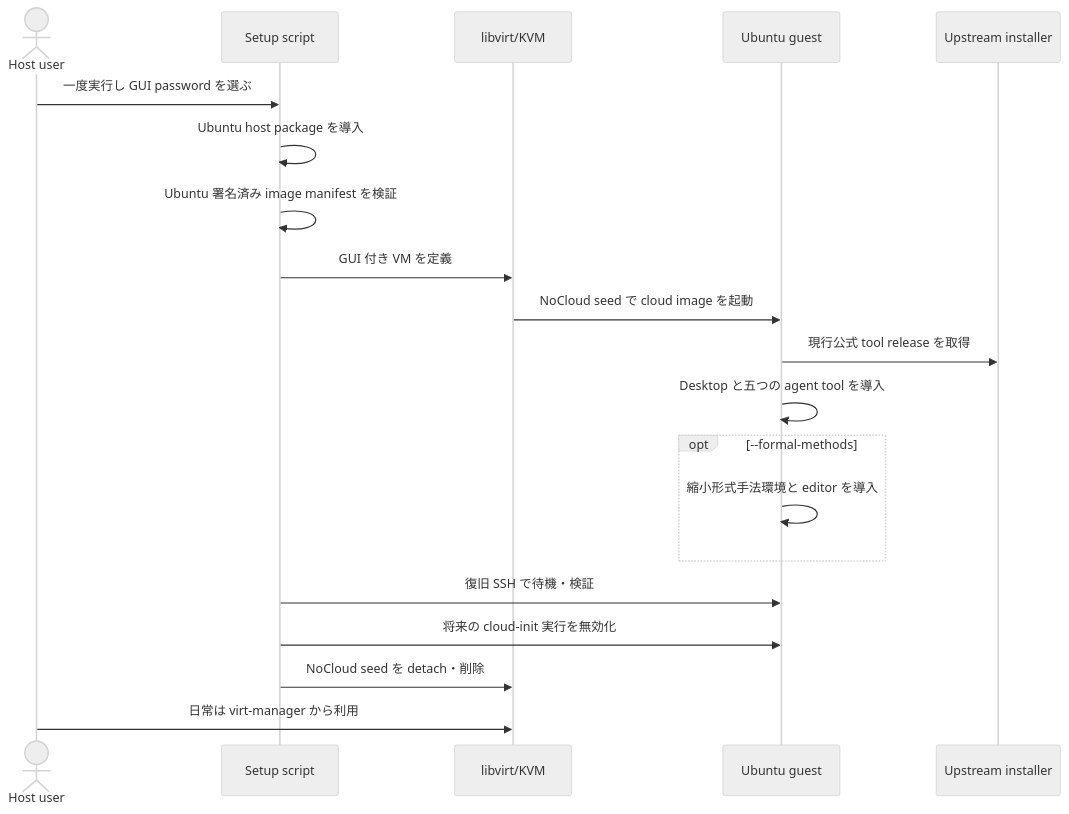
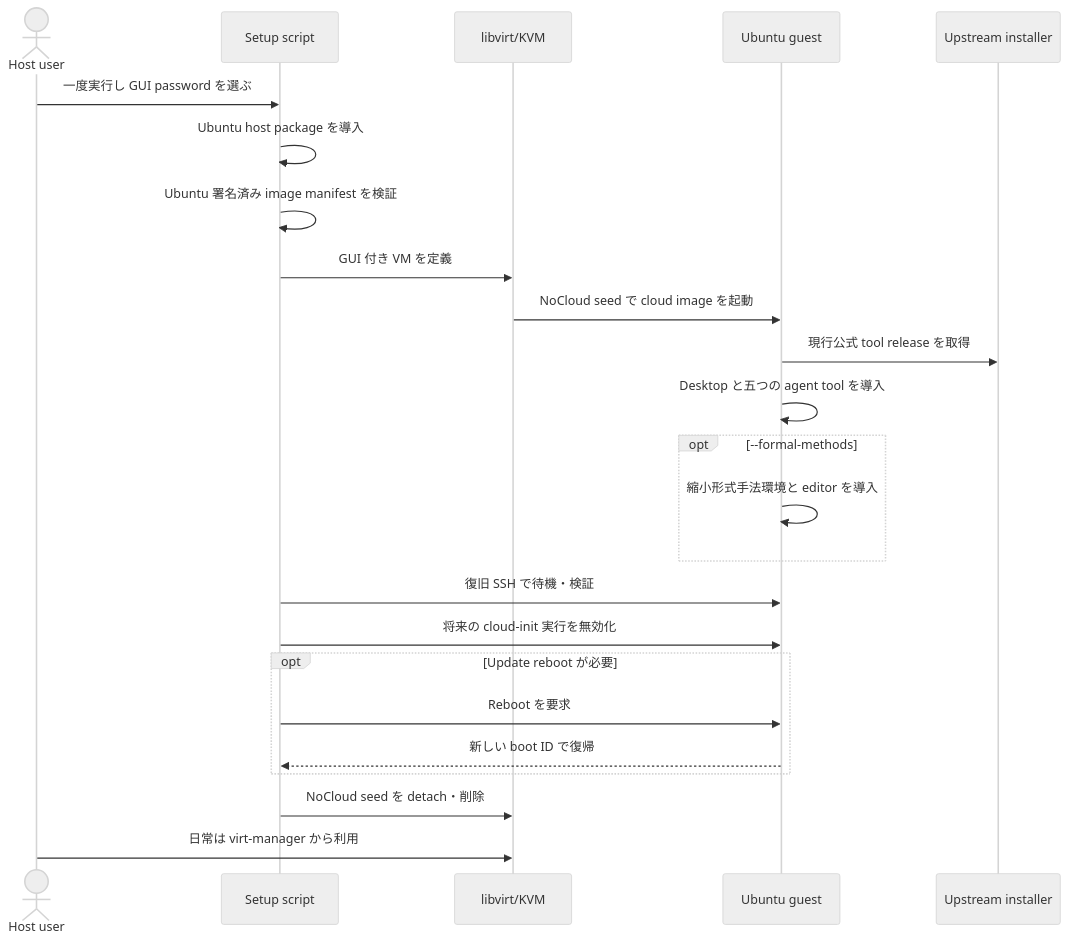
Before and after one commit to yutakang/agent-vm: the diagram in docs/design_jp.md, drawn with Mermaid (neutral theme). The commit also changed other lines of this file and 8 other files, not shown here.

````diff
--- a/docs/design_jp.md
+++ b/docs/design_jp.md
@@ -23,23 +23,27 @@
 ```mermaid
 sequenceDiagram
     actor U as Host user
     participant S as Setup script
     participant L as libvirt/KVM
     participant G as Ubuntu guest
     participant P as Upstream installer
 
     U->>S: 一度実行し GUI password を選ぶ
     S->>S: Ubuntu host package を導入
     S->>S: Ubuntu 署名済み image manifest を検証
     S->>L: GUI 付き VM を定義
     L->>G: NoCloud seed で cloud image を起動
     G->>P: 現行公式 tool release を取得
     G->>G: Desktop と五つの agent tool を導入
     opt --formal-methods
         G->>G: 縮小形式手法環境と editor を導入
     end
     S->>G: 復旧 SSH で待機・検証
     S->>G: 将来の cloud-init 実行を無効化
+    opt Update reboot が必要
+        S->>G: Reboot を要求
+        G-->>S: 新しい boot ID で復帰
+    end
     S->>L: NoCloud seed を detach・削除
     U->>L: 日常は virt-manager から利用
 ```
````
